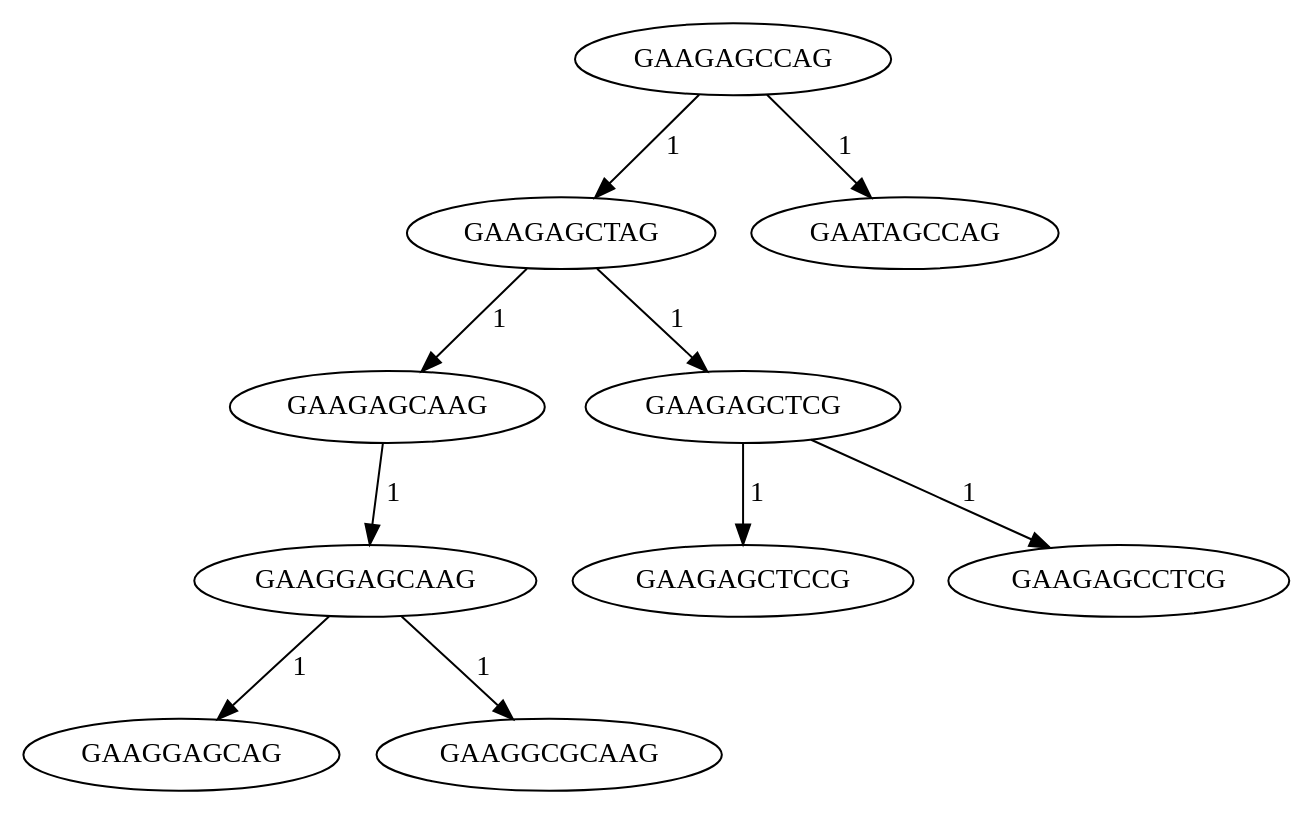
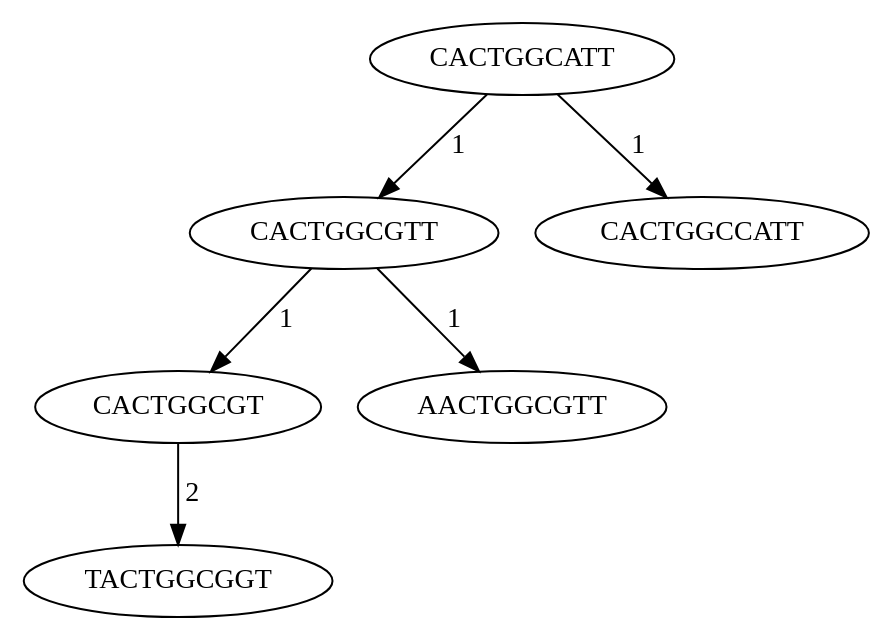
One commit to JeanSebastienBach/Stage_Alignement changed the diagram in arbreMutation.dot. Above: the diagram before and after it, drawn with Graphviz. The commit also changed 12 other files, not shown here.

```diff
--- a/arbreMutation.dot
+++ b/arbreMutation.dot
@@ -1,11 +1,12 @@
 digraph Mutation { 
-"GAAGAGCCAG" -> "GAAGAGCTAG" [label=" 1"];
-"GAAGAGCTAG" -> "GAAGAGCAAG" [label=" 1"];
-"GAAGAGCAAG" -> "GAAGGAGCAAG" [label=" 1"];
-"GAAGGAGCAAG" -> "GAAGGAGCAG" [label=" 1"];
-"GAAGAGCTAG" -> "GAAGAGCTCG" [label=" 1"];
-"GAAGAGCCAG" -> "GAATAGCCAG" [label=" 1"];
-"GAAGGAGCAAG" -> "GAAGGCGCAAG" [label=" 1"];
-"GAAGAGCTCG" -> "GAAGAGCTCCG" [label=" 1"];
-"GAAGAGCTCG" -> "GAAGAGCCTCG" [label=" 1"];
+"CACTGGCATT" -> "CACTGGCGTT" [label=" 1"];
+// CACTGGCATT CACTGGCGTT 1
+"CACTGGCATT" -> "CACTGGCCATT" [label=" 1"];
+// CACTGGCATT CACTGGCCATT 1
+"CACTGGCGTT" -> "CACTGGCGT" [label=" 1"];
+// CACTGGCGTT CACTGGCGT 1
+"CACTGGCGT" -> "TACTGGCGGT" [label=" 2"];
+// CACTGGCGT TACTGGCGGT 2
+"CACTGGCGTT" -> "AACTGGCGTT" [label=" 1"];
+// CACTGGCGTT AACTGGCGTT 1
 }
```
